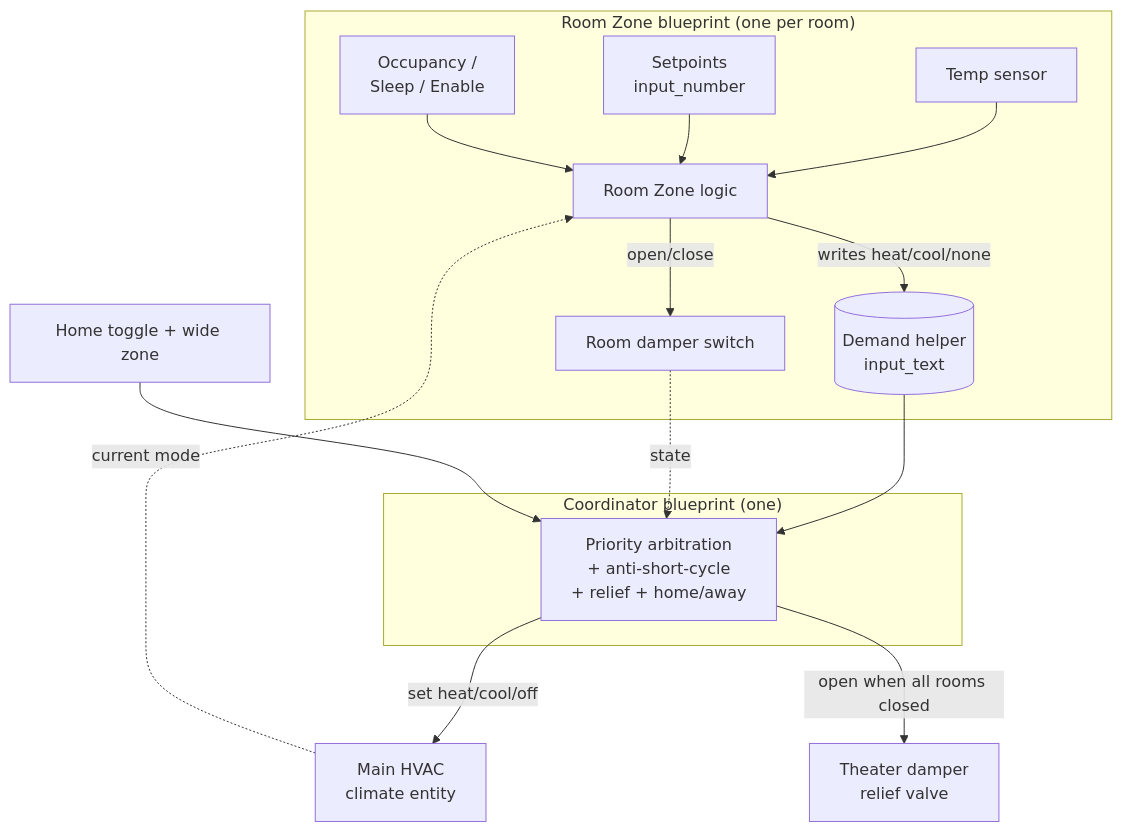
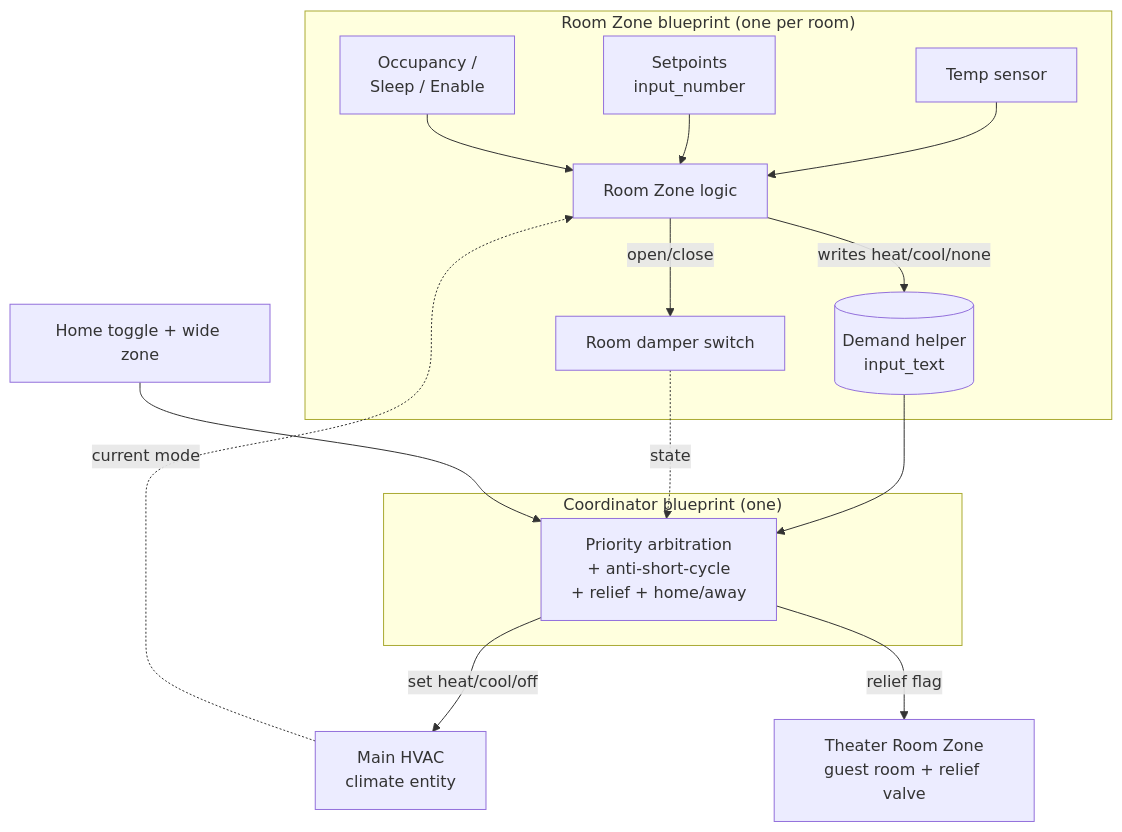
One commit to aryanakh/Zone-Controller changed the diagram in README.md. Above: the diagram before and after it, drawn with Mermaid. The commit also changed other lines of this file and 4 other files, not shown here.

````diff
--- a/README.md
+++ b/README.md
@@ -39,23 +39,23 @@
 ```mermaid
 flowchart TD
     subgraph Room["Room Zone blueprint (one per room)"]
         T[Temp sensor] --> RZ
         SP[Setpoints<br/>input_number] --> RZ
         OCC[Occupancy /<br/>Sleep / Enable] --> RZ
         RZ[Room Zone logic]
         RZ -->|writes heat/cool/none| DH[(Demand helper<br/>input_text)]
         RZ -->|open/close| DMP[Room damper switch]
     end
 
     DH --> CO
     DMP -. state .-> CO
 
     subgraph Coord["Coordinator blueprint (one)"]
         CO[Priority arbitration<br/>+ anti-short-cycle<br/>+ relief + home/away]
     end
 
     CO -->|set heat/cool/off| HVAC[Main HVAC<br/>climate entity]
-    CO -->|open when all rooms closed| RV[Theater damper<br/>relief valve]
+    CO -->|relief flag| RV[Theater Room Zone<br/>guest room + relief valve]
     PRES[Home toggle + wide zone] --> CO
     HVAC -. current mode .-> RZ
 ```
````
